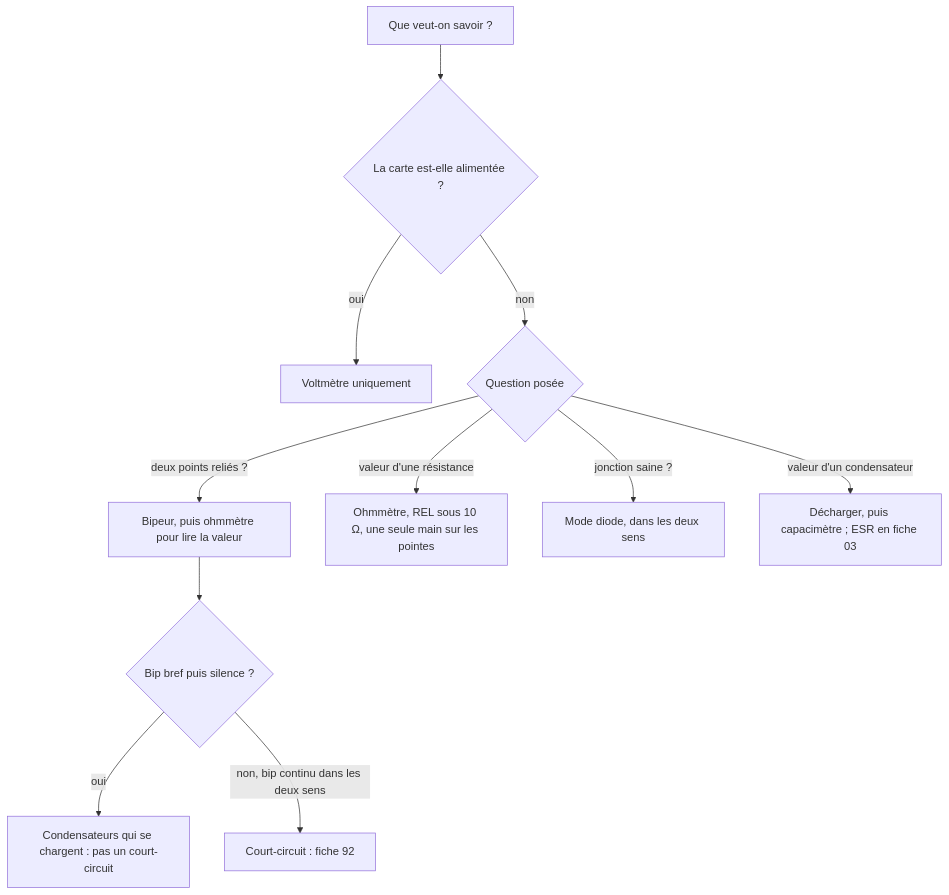
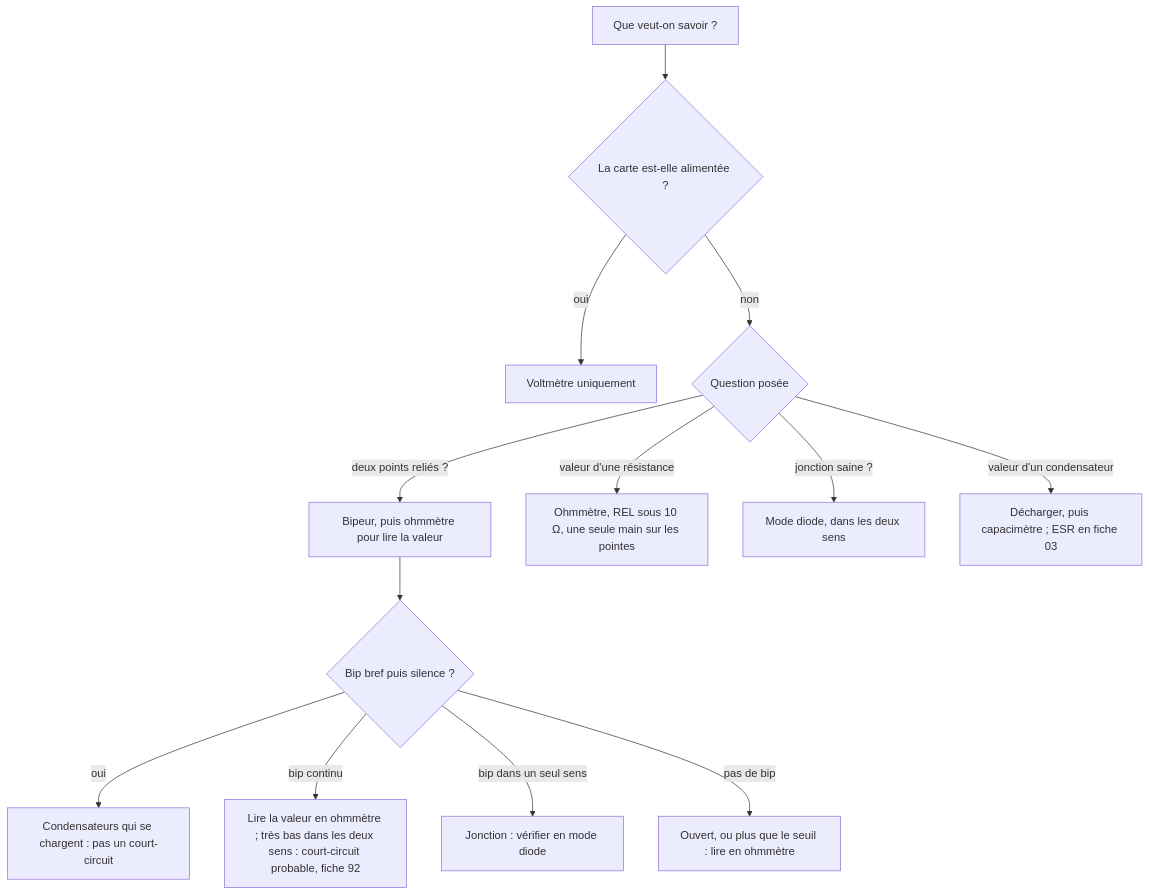
One commit to benoit-bremaud/ohm-sweet-ohm changed the second of 2 diagrams in troubleshooting/01_multimetre/README.md. Above: the diagram before and after it, drawn with Mermaid. The commit also changed other lines of this file and 2 other files, not shown here.

````diff
--- a/troubleshooting/01_multimetre/README.md
+++ b/troubleshooting/01_multimetre/README.md
@@ -134,13 +136,15 @@
 ```mermaid
 flowchart TD
   A[Que veut-on savoir ?] --> B{La carte est-elle alimentée ?}
   B -- oui --> V[Voltmètre uniquement]
   B -- non --> C{Question posée}
   C -- deux points reliés ? --> D[Bipeur, puis ohmmètre pour lire la valeur]
   C -- valeur d'une résistance --> E[Ohmmètre, REL sous 10 Ω, une seule main sur les pointes]
   C -- jonction saine ? --> F[Mode diode, dans les deux sens]
   C -- valeur d'un condensateur --> G[Décharger, puis capacimètre ; ESR en fiche 03]
   D --> H{Bip bref puis silence ?}
   H -- oui --> I[Condensateurs qui se chargent : pas un court-circuit]
-  H -- non, bip continu dans les deux sens --> J[Court-circuit : fiche 92]
+  H -- bip continu --> J[Lire la valeur en ohmmètre ; très bas dans les deux sens : court-circuit probable, fiche 92]
+  H -- bip dans un seul sens --> L[Jonction : vérifier en mode diode]
+  H -- pas de bip --> K[Ouvert, ou plus que le seuil : lire en ohmmètre]
 ```
````
